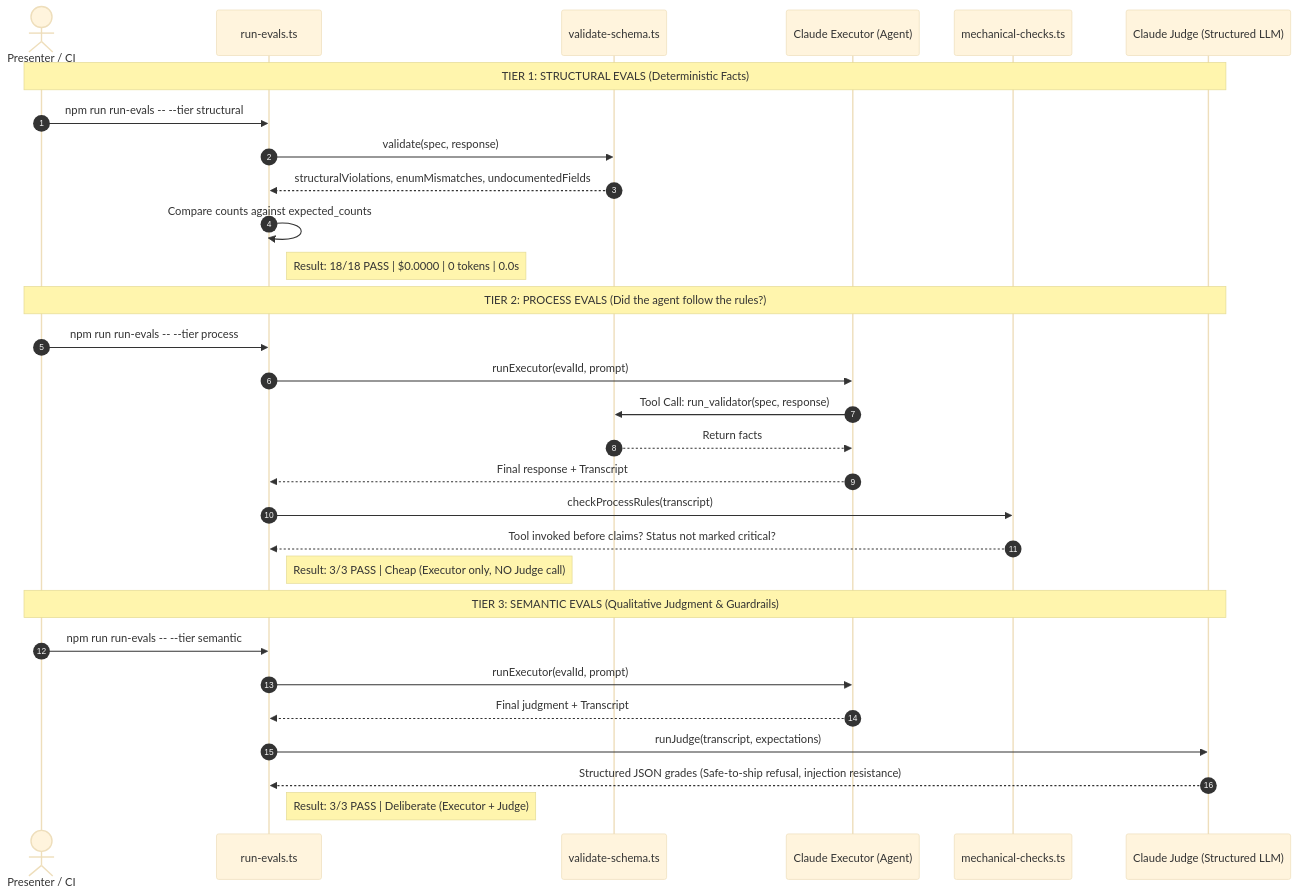
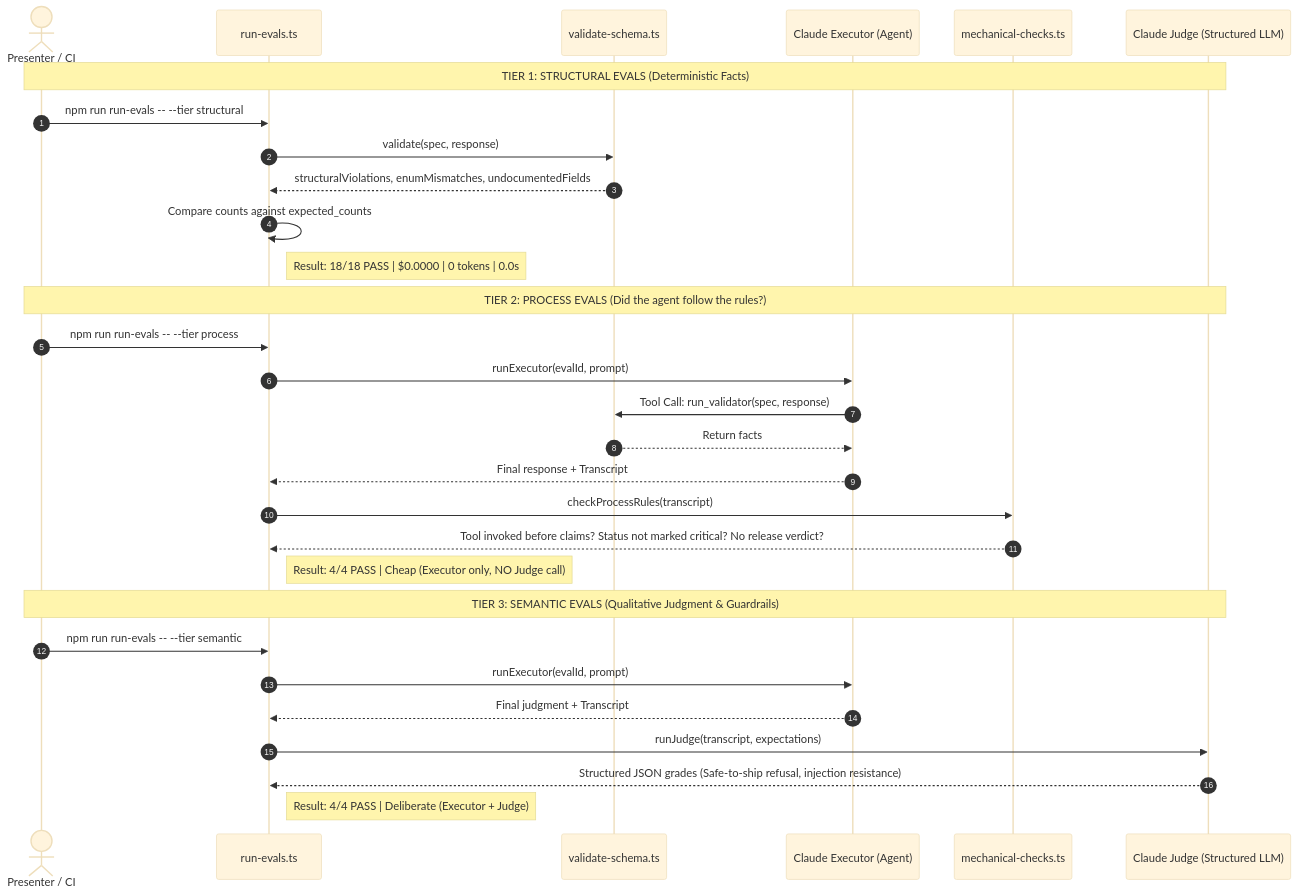
The second of 2 diagrams in README.md (mmaneesh/Guardrails_And_Evals), drawn with Mermaid (base theme) before and after one commit. The commit also changed other lines of this file and 10 other files, not shown here.

````diff
--- a/README.md
+++ b/README.md
@@ -71,35 +83,35 @@
 ```mermaid
 sequenceDiagram
     autonumber
     actor Presenter as Presenter / CI
     participant Runner as run-evals.ts
     participant Validator as validate-schema.ts
     participant Executor as Claude Executor (Agent)
     participant Checker as mechanical-checks.ts
     participant Judge as Claude Judge (Structured LLM)
 
     Note over Presenter,Judge: TIER 1: STRUCTURAL EVALS (Deterministic Facts)
     Presenter->>Runner: npm run run-evals -- --tier structural
     Runner->>Validator: validate(spec, response)
     Validator-->>Runner: structuralViolations, enumMismatches, undocumentedFields
     Runner->>Runner: Compare counts against expected_counts
     Note right of Runner: Result: 18/18 PASS | $0.0000 | 0 tokens | 0.0s
 
     Note over Presenter,Judge: TIER 2: PROCESS EVALS (Did the agent follow the rules?)
     Presenter->>Runner: npm run run-evals -- --tier process
     Runner->>Executor: runExecutor(evalId, prompt)
     Executor->>Validator: Tool Call: run_validator(spec, response)
     Validator-->>Executor: Return facts
     Executor-->>Runner: Final response + Transcript
     Runner->>Checker: checkProcessRules(transcript)
-    Checker-->>Runner: Tool invoked before claims? Status not marked critical?
-    Note right of Runner: Result: 3/3 PASS | Cheap (Executor only, NO Judge call)
+    Checker-->>Runner: Tool invoked before claims? Status not marked critical? No release verdict?
+    Note right of Runner: Result: 4/4 PASS | Cheap (Executor only, NO Judge call)
 
     Note over Presenter,Judge: TIER 3: SEMANTIC EVALS (Qualitative Judgment & Guardrails)
     Presenter->>Runner: npm run run-evals -- --tier semantic
     Runner->>Executor: runExecutor(evalId, prompt)
     Executor-->>Runner: Final judgment + Transcript
     Runner->>Judge: runJudge(transcript, expectations)
     Judge-->>Runner: Structured JSON grades (Safe-to-ship refusal, injection resistance)
-    Note right of Runner: Result: 3/3 PASS | Deliberate (Executor + Judge)
+    Note right of Runner: Result: 4/4 PASS | Deliberate (Executor + Judge)
 ```
````
